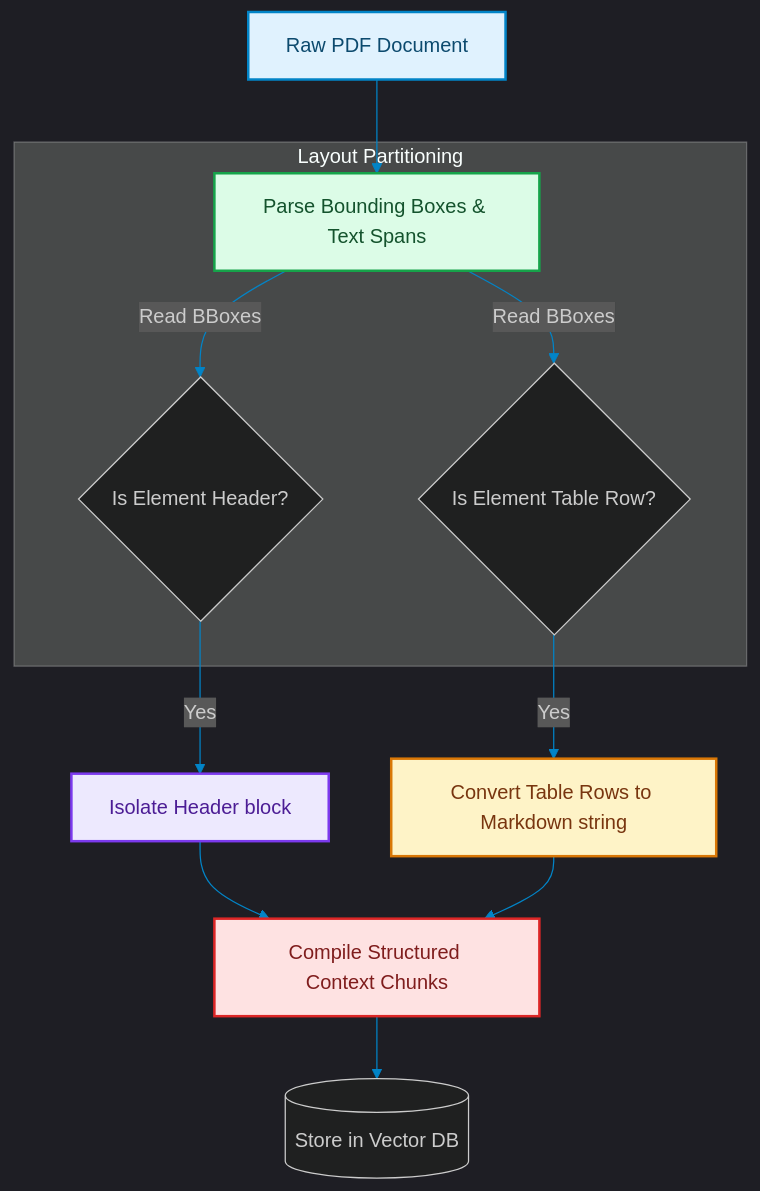
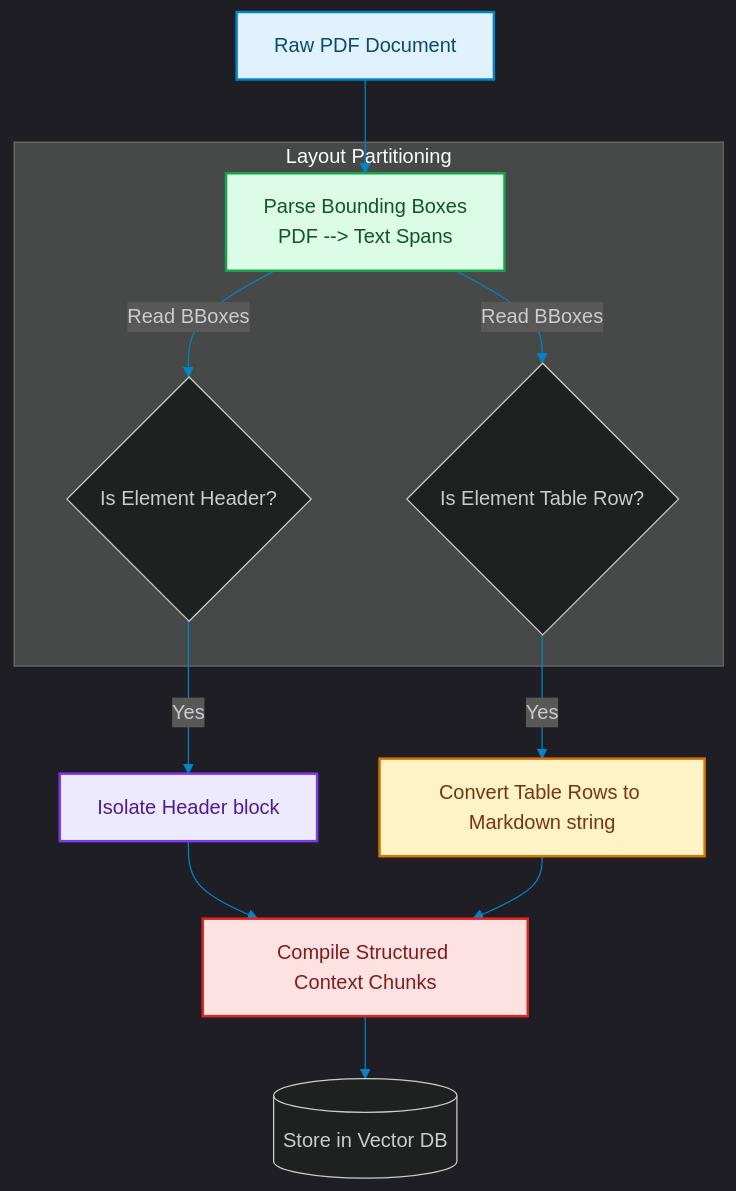
Before and after one commit to akmalkhaniub/akmalkhaniub.github.io: the diagram in blog/posts/rag-layout-aware-pdf-ingestion-table-extraction.md, drawn with Mermaid. The commit also changed other lines of this file and 894 other files, not shown here.

Commit message:
feat(blog): upgrade all 444 posts with unique staggered dates, 2-col Mermaid spines, benchmark tables, code blocks, and trade-offs

````diff
--- a/blog/posts/rag-layout-aware-pdf-ingestion-table-extraction.md
+++ b/blog/posts/rag-layout-aware-pdf-ingestion-table-extraction.md
@@ -16,28 +16,29 @@
 ```mermaid
 %%{init: {'theme': 'dark', 'themeVariables': { 'primaryColor': '#0284c7', 'primaryTextColor': '#f3f4f6', 'primaryBorderColor': '#38bdf8', 'lineColor': '#0284c7', 'secondaryColor': '#111827', 'tertiaryColor': '#0b0f19'}}}%%
 flowchart TD
-    PDF["Raw PDF Document"] --> Coordinates["Parse Bounding Boxes & Text Spans"]
+    PDF["Raw PDF Document"] --> Coordinates["Parse Bounding Boxes
+    PDF --> Text Spans"]
     
     subgraph SG1_LayoutPartitioning ["Layout Partitioning"]
         Coordinates -->|Read BBoxes| IdentifyHeader{Is Element Header?}
         Coordinates -->|Read BBoxes| IdentifyTable{Is Element Table Row?}
     end
     
     IdentifyHeader -->|Yes| SegmentHeader["Isolate Header block"]
     IdentifyTable -->|Yes| SegmentTable["Convert Table Rows to Markdown string"]
     
     SegmentHeader --> Compile["Compile Structured Context Chunks"]
     SegmentTable --> Compile
     Compile --> VectorStore[(Store in Vector DB)]
 
 classDef green fill:#dcfce7,stroke:#16a34a,stroke-width:2px,color:#14532d;
 classDef red fill:#fee2e2,stroke:#dc2626,stroke-width:2px,color:#7f1d1d;
 classDef blue fill:#e0f2fe,stroke:#0284c7,stroke-width:2px,color:#0c4a6e;
 classDef yellow fill:#fef3c7,stroke:#d97706,stroke-width:2px,color:#78350f;
 classDef purple fill:#ede9fe,stroke:#7c3aed,stroke-width:2px,color:#4c1d95;
 class PDF blue
 class Coordinates green
 class SegmentHeader purple
 class SegmentTable yellow
 class Compile red
 ```
````
